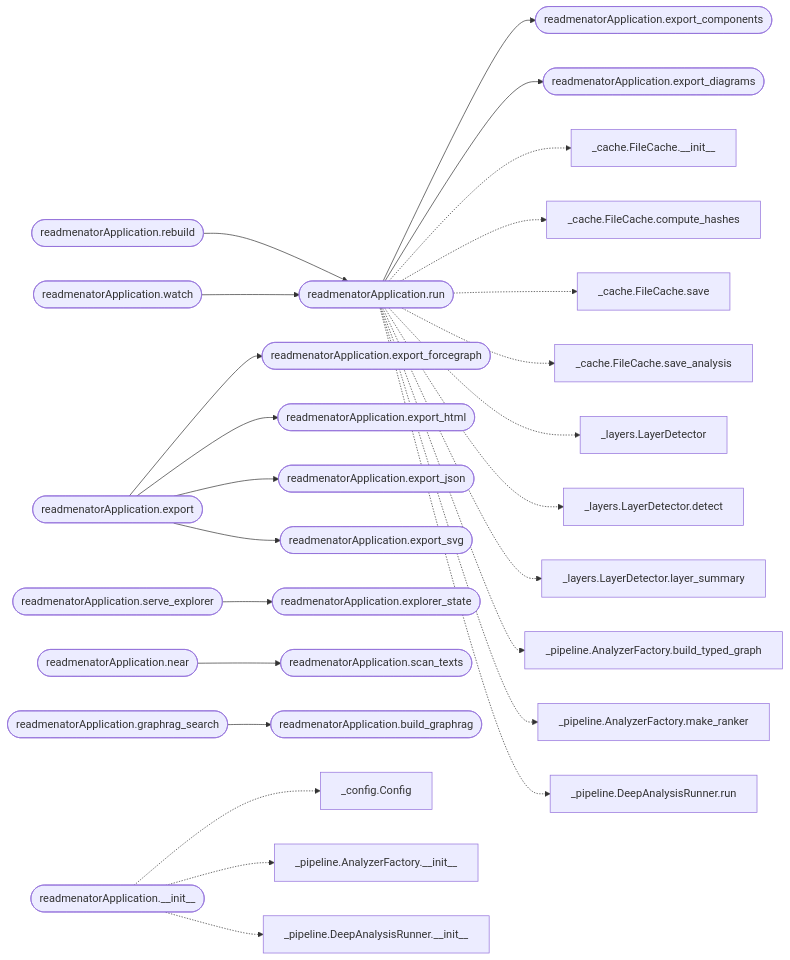
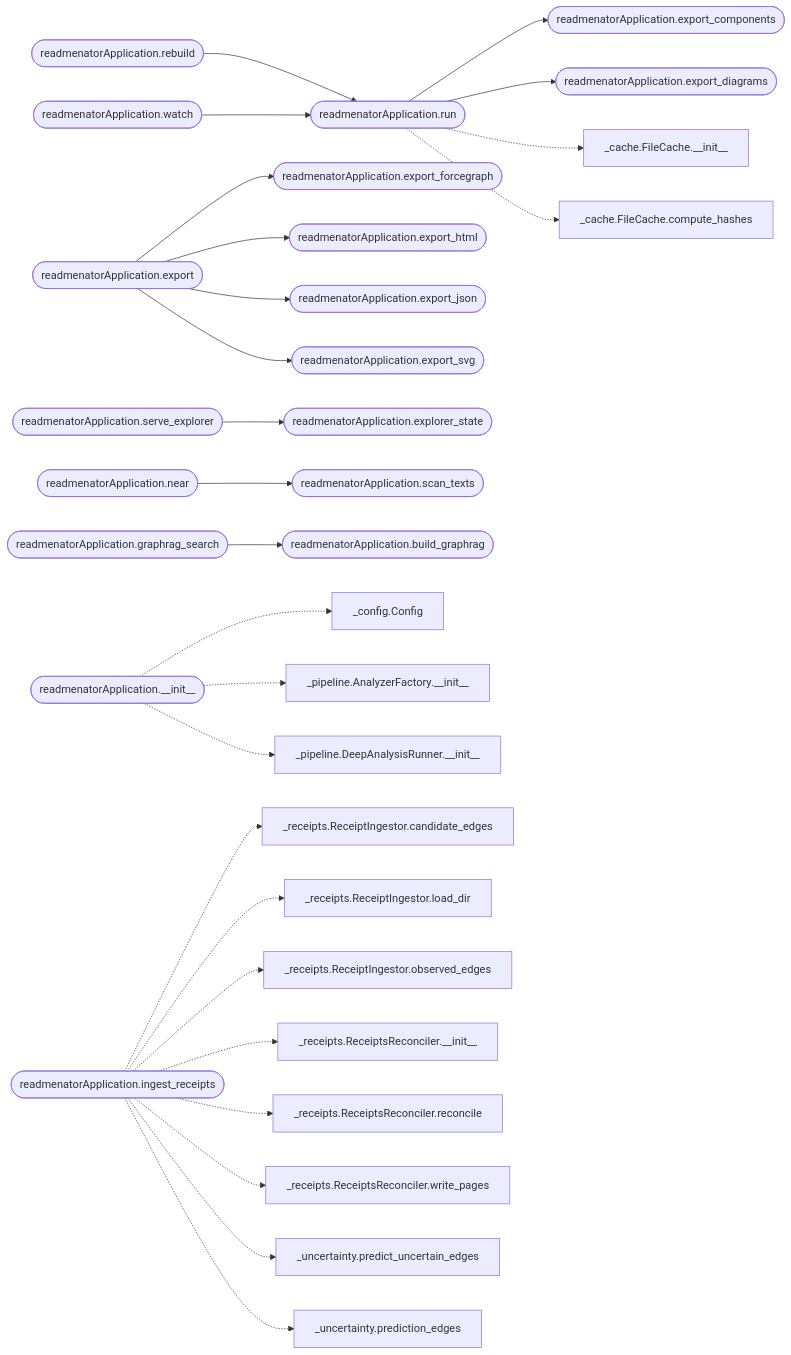
Before and after one commit to grisuno/ReadMenator: the diagram in readmenator-apidocs/modules/readmenator._app.py.md, drawn with Mermaid. The commit also changed other lines of this file and 187 other files, not shown here.

First line of the commit message:
feat(receipts): release receipts ingest with uncertainty engine

````diff
--- a/readmenator-apidocs/modules/readmenator._app.py.md
+++ b/readmenator-apidocs/modules/readmenator._app.py.md
@@ -18,57 +18,58 @@
 ```mermaid
 flowchart LR
     n_readmenator__app_py__readmenatorApplication_run(["readmenatorApplication.run"])
     n_readmenator__app_py__readmenatorApplication_export_components(["readmenatorApplication.export_components"])
     n_readmenator__app_py__readmenatorApplication_export_diagrams(["readmenatorApplication.export_diagrams"])
     n_readmenator__app_py__readmenatorApplication_rebuild(["readmenatorApplication.rebuild"])
     n_readmenator__app_py__readmenatorApplication_export(["readmenatorApplication.export"])
     n_readmenator__app_py__readmenatorApplication_export_forcegraph(["readmenatorApplication.export_forcegraph"])
     n_readmenator__app_py__readmenatorApplication_export_html(["readmenatorApplication.export_html"])
     n_readmenator__app_py__readmenatorApplication_export_json(["readmenatorApplication.export_json"])
     n_readmenator__app_py__readmenatorApplication_export_svg(["readmenatorApplication.export_svg"])
     n_readmenator__app_py__readmenatorApplication_serve_explorer(["readmenatorApplication.serve_explorer"])
     n_readmenator__app_py__readmenatorApplication_explorer_state(["readmenatorApplication.explorer_state"])
     n_readmenator__app_py__readmenatorApplication_near(["readmenatorApplication.near"])
     n_readmenator__app_py__readmenatorApplication_scan_texts(["readmenatorApplication.scan_texts"])
     n_readmenator__app_py__readmenatorApplication_graphrag_search(["readmenatorApplication.graphrag_search"])
     n_readmenator__app_py__readmenatorApplication_build_graphrag(["readmenatorApplication.build_graphrag"])
     n_readmenator__app_py__readmenatorApplication_watch(["readmenatorApplication.watch"])
     n_readmenator__app_py__readmenatorApplication___init__(["readmenatorApplication.__init__"])
     n_readmenator__config_py__Config["_config.Config"]
     n_readmenator__pipeline_py__AnalyzerFactory___init__["_pipeline.AnalyzerFactory.__init__"]
     n_readmenator__pipeline_py__DeepAnalysisRunner___init__["_pipeline.DeepAnalysisRunner.__init__"]
+    n_readmenator__app_py__readmenatorApplication_ingest_receipts(["readmenatorApplication.ingest_receipts"])
+    n_readmenator__receipts_py__ReceiptIngestor_candidate_edges["_receipts.ReceiptIngestor.candidate_edges"]
+    n_readmenator__receipts_py__ReceiptIngestor_load_dir["_receipts.ReceiptIngestor.load_dir"]
+    n_readmenator__receipts_py__ReceiptIngestor_observed_edges["_receipts.ReceiptIngestor.observed_edges"]
+    n_readmenator__receipts_py__ReceiptsReconciler___init__["_receipts.ReceiptsReconciler.__init__"]
+    n_readmenator__receipts_py__ReceiptsReconciler_reconcile["_receipts.ReceiptsReconciler.reconcile"]
+    n_readmenator__receipts_py__ReceiptsReconciler_write_pages["_receipts.ReceiptsReconciler.write_pages"]
+    n_readmenator__uncertainty_py__predict_uncertain_edges["_uncertainty.predict_uncertain_edges"]
+    n_readmenator__uncertainty_py__prediction_edges["_uncertainty.prediction_edges"]
     n_readmenator__cache_py__FileCache___init__["_cache.FileCache.__init__"]
     n_readmenator__cache_py__FileCache_compute_hashes["_cache.FileCache.compute_hashes"]
-    n_readmenator__cache_py__FileCache_save["_cache.FileCache.save"]
-    n_readmenator__cache_py__FileCache_save_analysis["_cache.FileCache.save_analysis"]
-    n_readmenator__layers_py__LayerDetector["_layers.LayerDetector"]
-    n_readmenator__layers_py__LayerDetector_detect["_layers.LayerDetector.detect"]
-    n_readmenator__layers_py__LayerDetector_layer_summary["_layers.LayerDetector.layer_summary"]
-    n_readmenator__pipeline_py__AnalyzerFactory_build_typed_graph["_pipeline.AnalyzerFactory.build_typed_graph"]
-    n_readmenator__pipeline_py__AnalyzerFactory_make_ranker["_pipeline.AnalyzerFactory.make_ranker"]
-    n_readmenator__pipeline_py__DeepAnalysisRunner_run["_pipeline.DeepAnalysisRunner.run"]
     n_readmenator__app_py__readmenatorApplication_run --> n_readmenator__app_py__readmenatorApplication_export_components
     n_readmenator__app_py__readmenatorApplication_run --> n_readmenator__app_py__readmenatorApplication_export_diagrams
     n_readmenator__app_py__readmenatorApplication_rebuild --> n_readmenator__app_py__readmenatorApplication_run
     n_readmenator__app_py__readmenatorApplication_export --> n_readmenator__app_py__readmenatorApplication_export_forcegraph
     n_readmenator__app_py__readmenatorApplication_export --> n_readmenator__app_py__readmenatorApplication_export_html
     n_readmenator__app_py__readmenatorApplication_export --> n_readmenator__app_py__readmenatorApplication_export_json
     n_readmenator__app_py__readmenatorApplication_export --> n_readmenator__app_py__readmenatorApplication_export_svg
     n_readmenator__app_py__readmenatorApplication_serve_explorer --> n_readmenator__app_py__readmenatorApplication_explorer_state
     n_readmenator__app_py__readmenatorApplication_near --> n_readmenator__app_py__readmenatorApplication_scan_texts
     n_readmenator__app_py__readmenatorApplication_graphrag_search --> n_readmenator__app_py__readmenatorApplication_build_graphrag
     n_readmenator__app_py__readmenatorApplication_watch --> n_readmenator__app_py__readmenatorApplication_run
     n_readmenator__app_py__readmenatorApplication___init__ -.-> n_readmenator__config_py__Config
     n_readmenator__app_py__readmenatorApplication___init__ -.-> n_readmenator__pipeline_py__AnalyzerFactory___init__
     n_readmenator__app_py__readmenatorApplication___init__ -.-> n_readmenator__pipeline_py__DeepAnalysisRunner___init__
+    n_readmenator__app_py__readmenatorApplication_ingest_receipts -.-> n_readmenator__receipts_py__ReceiptIngestor_candidate_edges
+    n_readmenator__app_py__readmenatorApplication_ingest_receipts -.-> n_readmenator__receipts_py__ReceiptIngestor_load_dir
+    n_readmenator__app_py__readmenatorApplication_ingest_receipts -.-> n_readmenator__receipts_py__ReceiptIngestor_observed_edges
+    n_readmenator__app_py__readmenatorApplication_ingest_receipts -.-> n_readmenator__receipts_py__ReceiptsReconciler___init__
+    n_readmenator__app_py__readmenatorApplication_ingest_receipts -.-> n_readmenator__receipts_py__ReceiptsReconciler_reconcile
+    n_readmenator__app_py__readmenatorApplication_ingest_receipts -.-> n_readmenator__receipts_py__ReceiptsReconciler_write_pages
+    n_readmenator__app_py__readmenatorApplication_ingest_receipts -.-> n_readmenator__uncertainty_py__predict_uncertain_edges
+    n_readmenator__app_py__readmenatorApplication_ingest_receipts -.-> n_readmenator__uncertainty_py__prediction_edges
     n_readmenator__app_py__readmenatorApplication_run -.-> n_readmenator__cache_py__FileCache___init__
     n_readmenator__app_py__readmenatorApplication_run -.-> n_readmenator__cache_py__FileCache_compute_hashes
-    n_readmenator__app_py__readmenatorApplication_run -.-> n_readmenator__cache_py__FileCache_save
-    n_readmenator__app_py__readmenatorApplication_run -.-> n_readmenator__cache_py__FileCache_save_analysis
-    n_readmenator__app_py__readmenatorApplication_run -.-> n_readmenator__layers_py__LayerDetector
-    n_readmenator__app_py__readmenatorApplication_run -.-> n_readmenator__layers_py__LayerDetector_detect
-    n_readmenator__app_py__readmenatorApplication_run -.-> n_readmenator__layers_py__LayerDetector_layer_summary
-    n_readmenator__app_py__readmenatorApplication_run -.-> n_readmenator__pipeline_py__AnalyzerFactory_build_typed_graph
-    n_readmenator__app_py__readmenatorApplication_run -.-> n_readmenator__pipeline_py__AnalyzerFactory_make_ranker
-    n_readmenator__app_py__readmenatorApplication_run -.-> n_readmenator__pipeline_py__DeepAnalysisRunner_run
 ```
````
